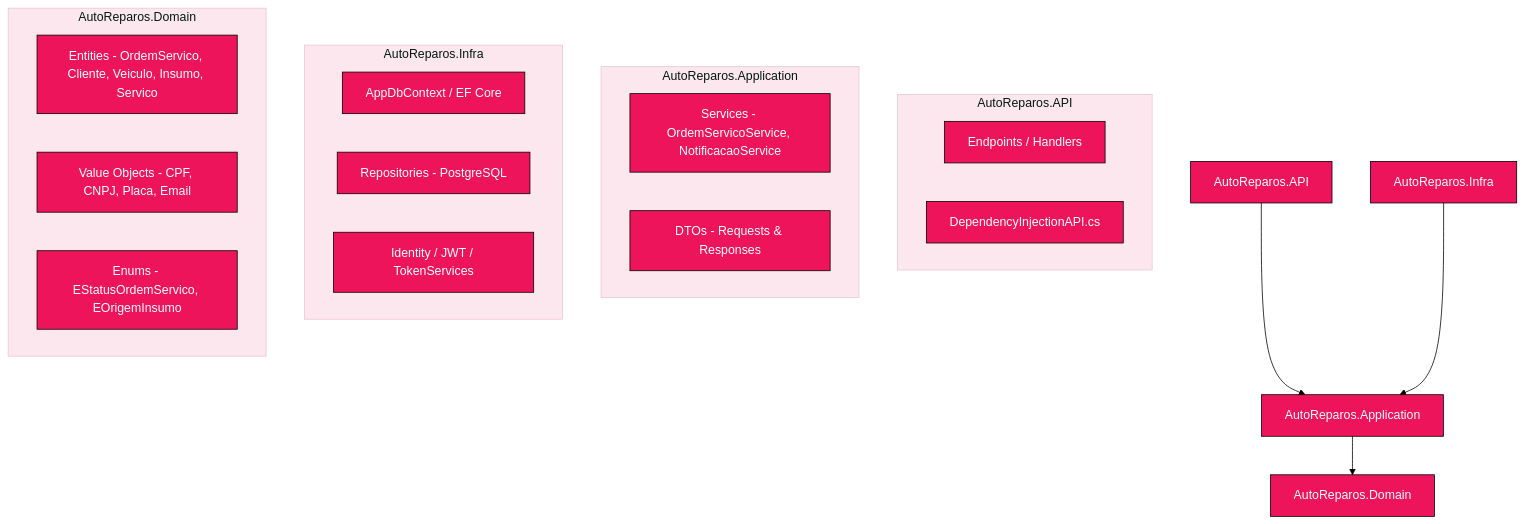
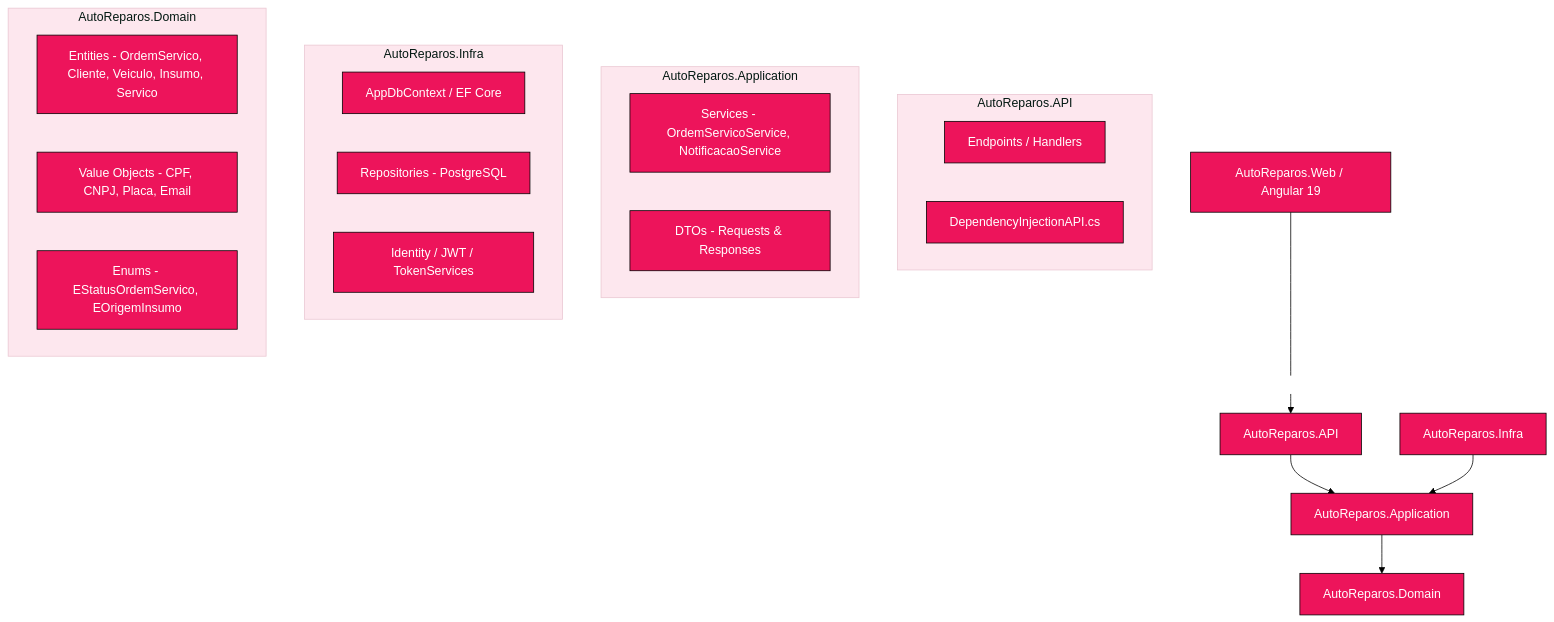
One commit to Grupo78-PosTech-15SOAT/AutoReparos changed the first of 3 diagrams in README.md. Above: the diagram before and after it, drawn with Mermaid. The commit also changed other lines of this file, not shown here.

Commit message:
📝 Adicionando secao de Arquitetura Frontend Angular no README

````diff
--- a/README.md
+++ b/README.md
@@ -96,42 +98,43 @@
 ```mermaid
 %%{init: {
   'theme': 'base',
   'themeCSS': 'svg { background-color: #ffffff !important; } .subgraph rect { fill: #FDE7EE !important; }',
   'themeVariables': {
     'background': '#ffffff',
     'primaryColor': '#ED145B',
     'primaryTextColor': '#ffffff',
     'primaryBorderColor': '#000000',
     'lineColor': '#000000',
     'secondaryColor': '#1A1A1A',
     'tertiaryColor': '#FDE7EE',
     'edgeLabelBackground': '#ffffff'
   }
 }}%%
 graph TD
-    API[AutoReparos.API] --> Application[AutoReparos.Application]
+    Web[AutoReparos.Web / Angular 19] -->|HTTP / REST API| API[AutoReparos.API]
+    API --> Application[AutoReparos.Application]
     Infra[AutoReparos.Infra] --> Application
     Application --> Domain[AutoReparos.Domain]
     
     subgraph AutoReparos.API
         Endpoints[Endpoints / Handlers]
         DI[DependencyInjectionAPI.cs]
     end
     
     subgraph AutoReparos.Application
         Services[Services - OrdemServicoService, NotificacaoService]
         DTOs[DTOs - Requests & Responses]
     end
     
     subgraph AutoReparos.Infra
         Context[AppDbContext / EF Core]
         Repos[Repositories - PostgreSQL]
         Security[Identity / JWT / TokenServices]
     end
     
     subgraph AutoReparos.Domain
         Entities[Entities - OrdemServico, Cliente, Veiculo, Insumo, Servico]
         ValueObjects[Value Objects - CPF, CNPJ, Placa, Email]
         Enums[Enums - EStatusOrdemServico, EOrigemInsumo]
     end
 ```
````
